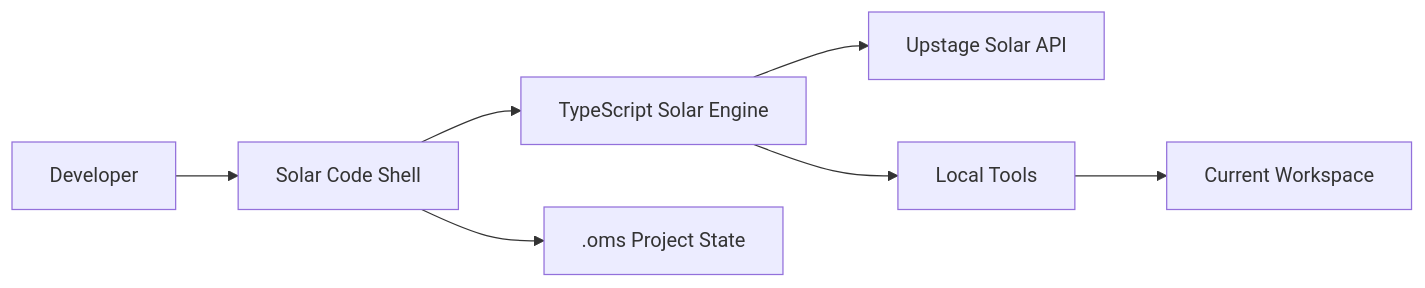
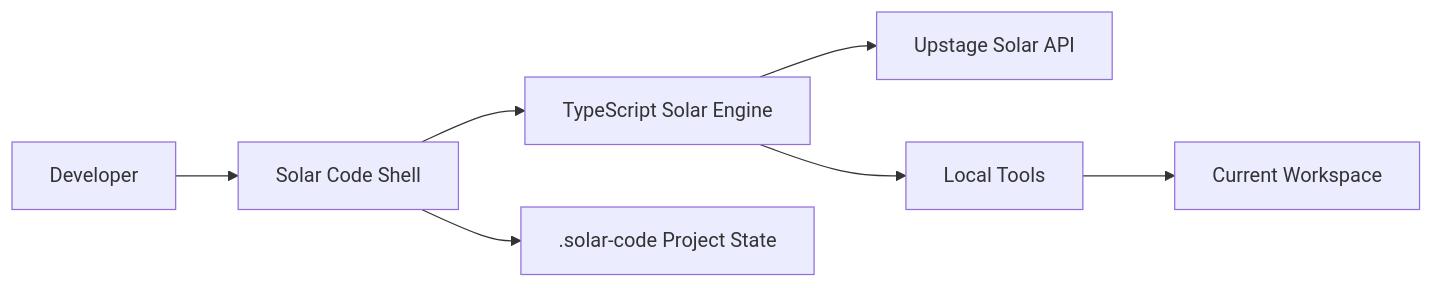
One commit to CheonWoong-Park/Solar-Code changed the diagram in README.md. Above: the diagram before and after it, drawn with Mermaid. The commit also changed other lines of this file and 57 other files, not shown here.

````diff
--- a/README.md
+++ b/README.md
@@ -272,9 +276,9 @@
 ```mermaid
 flowchart LR
     User["Developer"] --> Shell["Solar Code Shell"]
     Shell --> Engine["TypeScript Solar Engine"]
     Engine --> Solar["Upstage Solar API"]
     Engine --> Tools["Local Tools"]
     Tools --> Workspace["Current Workspace"]
-    Shell --> State[".oms Project State"]
+    Shell --> State[".solar-code Project State"]
 ```
````
